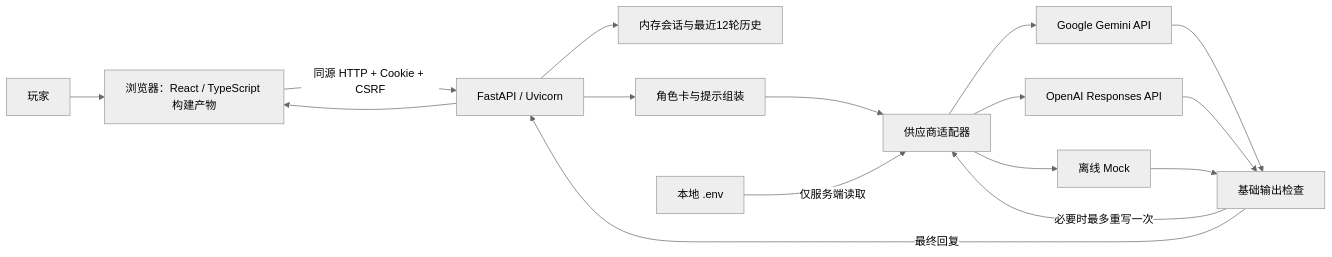
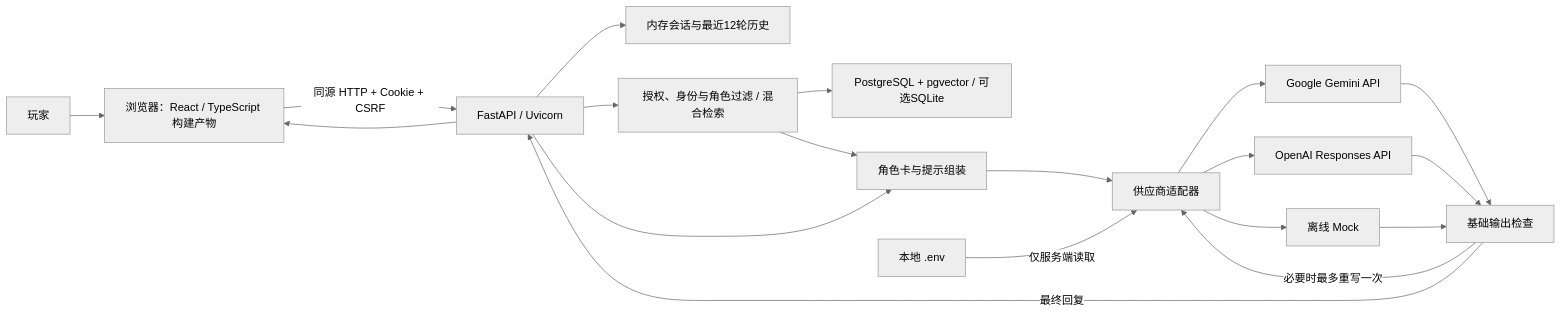
Before and after one commit to qiaoliamor/llm-rag: the first of 2 diagrams in docs/ARCHITECTURE.md, drawn with Mermaid (neutral theme). The commit also changed other lines of this file and 33 other files, not shown here.

````diff
--- a/docs/ARCHITECTURE.md
+++ b/docs/ARCHITECTURE.md
@@ -9,18 +9,21 @@
 ```mermaid
 flowchart LR
     U[玩家] --> B[浏览器：React / TypeScript 构建产物]
     B -->|同源 HTTP + Cookie + CSRF| A[FastAPI / Uvicorn]
     A --> S[内存会话与最近12轮历史]
+    A --> R[授权、身份与角色过滤 / 混合检索]
+    R --> DB[PostgreSQL + pgvector / 可选SQLite]
+    R --> P
     A --> P[角色卡与提示组装]
     P --> D[供应商适配器]
     E[本地 .env] -->|仅服务端读取| D
     D --> G[Google Gemini API]
     D --> O[OpenAI Responses API]
     D --> M[离线 Mock]
     G --> C[基础输出检查]
     O --> C
     M --> C
     C -->|必要时最多重写一次| D
     C -->|最终回复| A
     A --> B
 ```
````
